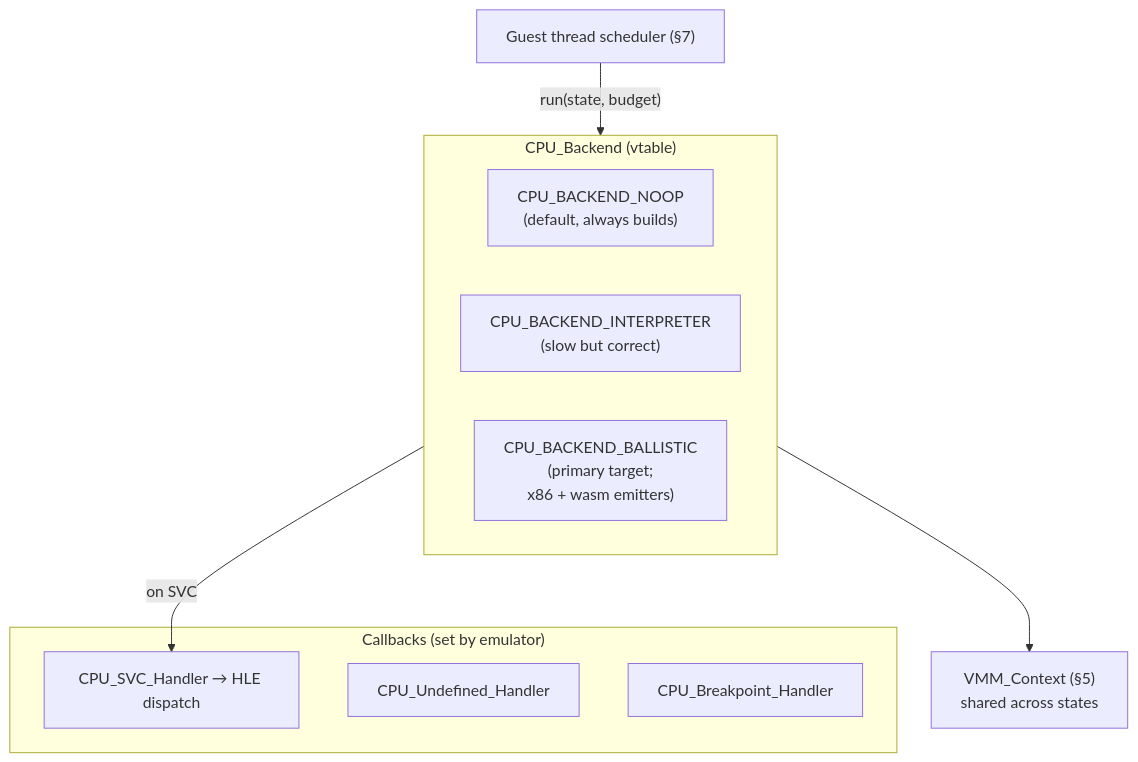
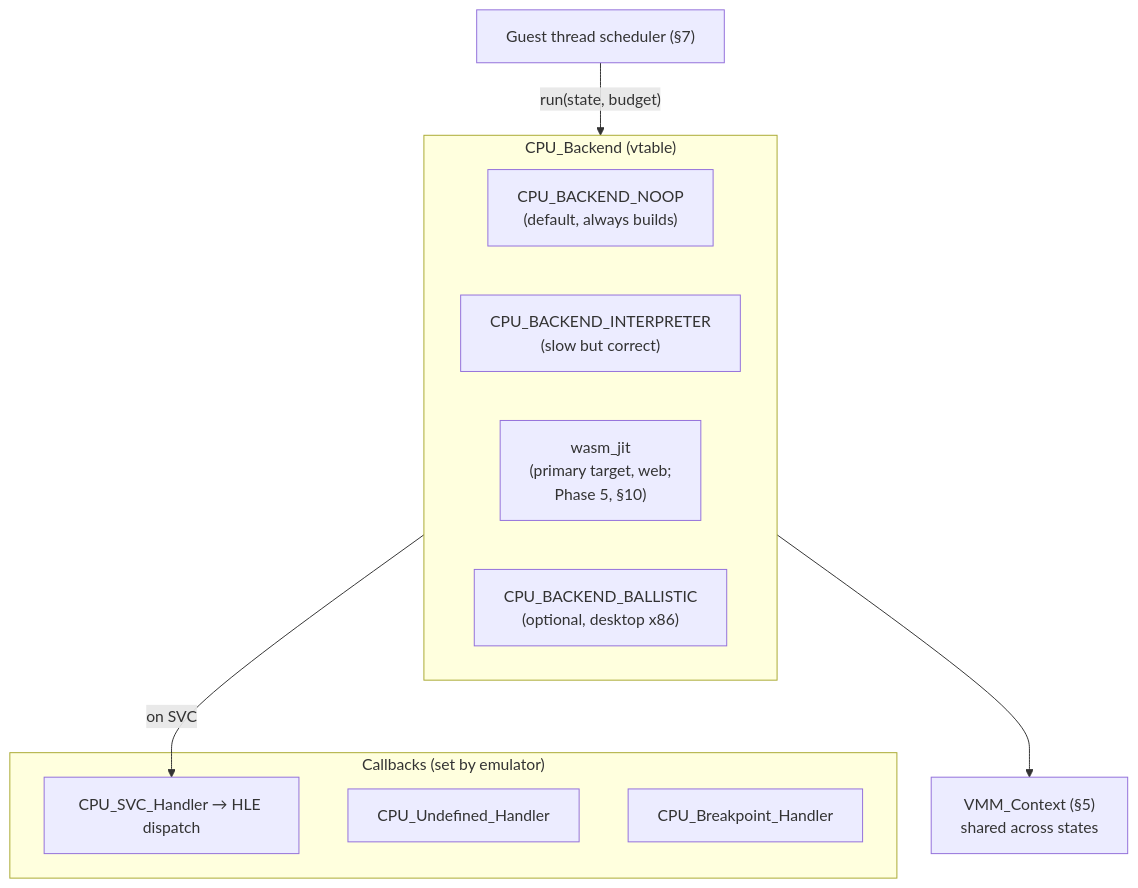
One commit to voland-emu/Voland changed the third of 15 diagrams in docs/DESIGN.md. Above: the diagram before and after it, drawn with Mermaid. The commit also changed other lines of this file and 3 other files, not shown here.

First line of the commit message:
docs(design): replace Ballistic-WASM plan with Voland-owned wasm_jit (v3.28)

````diff
--- a/docs/DESIGN.md
+++ b/docs/DESIGN.md
@@ -752,22 +754,23 @@
 ```mermaid
 flowchart TB
     SCHED["Guest thread scheduler (§7)"]
 
     subgraph BACKENDS["CPU_Backend (vtable)"]
         NOOP["CPU_BACKEND_NOOP<br/>(default, always builds)"]
         INT["CPU_BACKEND_INTERPRETER<br/>(slow but correct)"]
-        BAL["CPU_BACKEND_BALLISTIC<br/>(primary target;<br/>x86 + wasm emitters)"]
+        WJIT["wasm_jit<br/>(primary target, web;<br/>Phase 5, §10)"]
+        BAL["CPU_BACKEND_BALLISTIC<br/>(optional, desktop x86)"]
     end
 
     subgraph CB["Callbacks (set by emulator)"]
         SVC["CPU_SVC_Handler → HLE dispatch"]
         UND["CPU_Undefined_Handler"]
         BP["CPU_Breakpoint_Handler"]
     end
 
     VMM["VMM_Context (§5)<br/>shared across states"]
 
     SCHED -->|"run(state, budget)"| BACKENDS
     BACKENDS -->|on SVC| SVC
     BACKENDS --> VMM
 ```
````
